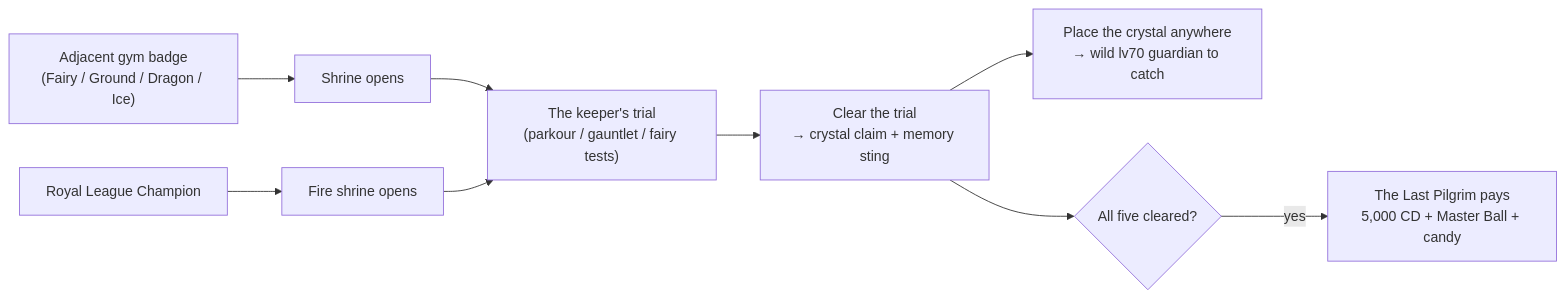
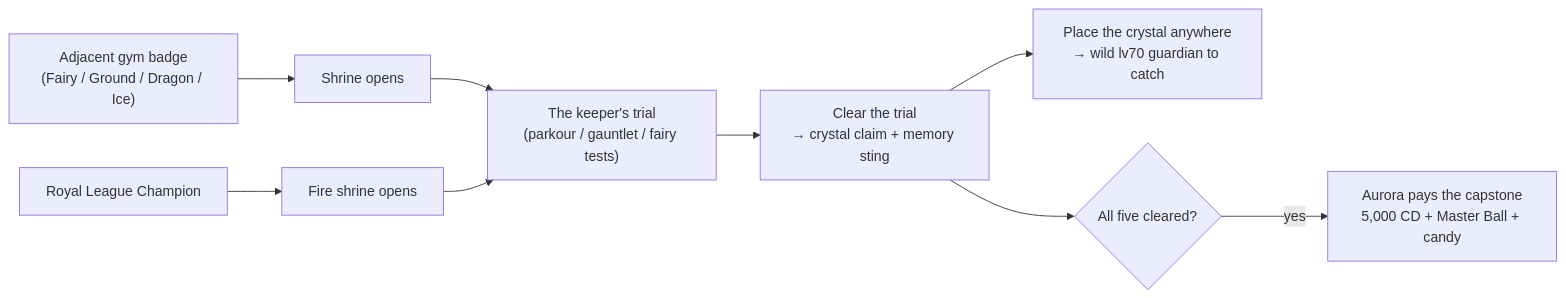
One commit to The-Company-Inc-Nerds/the-cobblemon-initiative changed the diagram in wiki/Guidebook-Shrines.md. Above: the diagram before and after it, drawn with Mermaid. The commit also changed other lines of this file and 221 other files, not shown here.

````diff
--- a/wiki/Guidebook-Shrines.md
+++ b/wiki/Guidebook-Shrines.md
@@ -162,11 +162,11 @@
 ```mermaid
 flowchart LR
   G["Adjacent gym badge<br/>(Fairy / Ground / Dragon / Ice)"] --> S["Shrine opens"]
   RC["Royal League Champion"] --> SF["Fire shrine opens"]
   S --> T["The keeper's trial<br/>(parkour / gauntlet / fairy tests)"]
   SF --> T
   T --> K["Clear the trial<br/>→ crystal claim + memory sting"]
   K --> X["Place the crystal anywhere<br/>→ wild lv70 guardian to catch"]
   K --> C{"All five cleared?"}
-  C -->|yes| P["The Last Pilgrim pays<br/>5,000 CD + Master Ball + candy"]
+  C -->|yes| P["Aurora pays the capstone<br/>5,000 CD + Master Ball + candy"]
 ```
````
